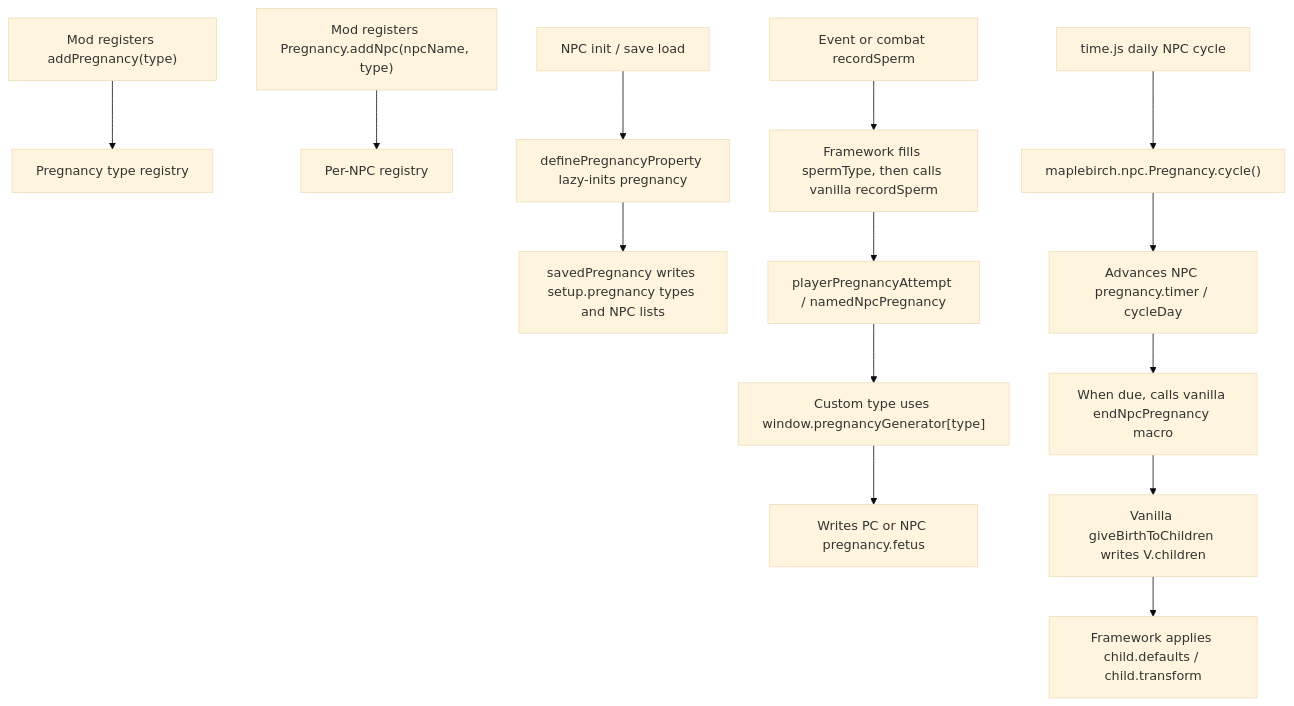
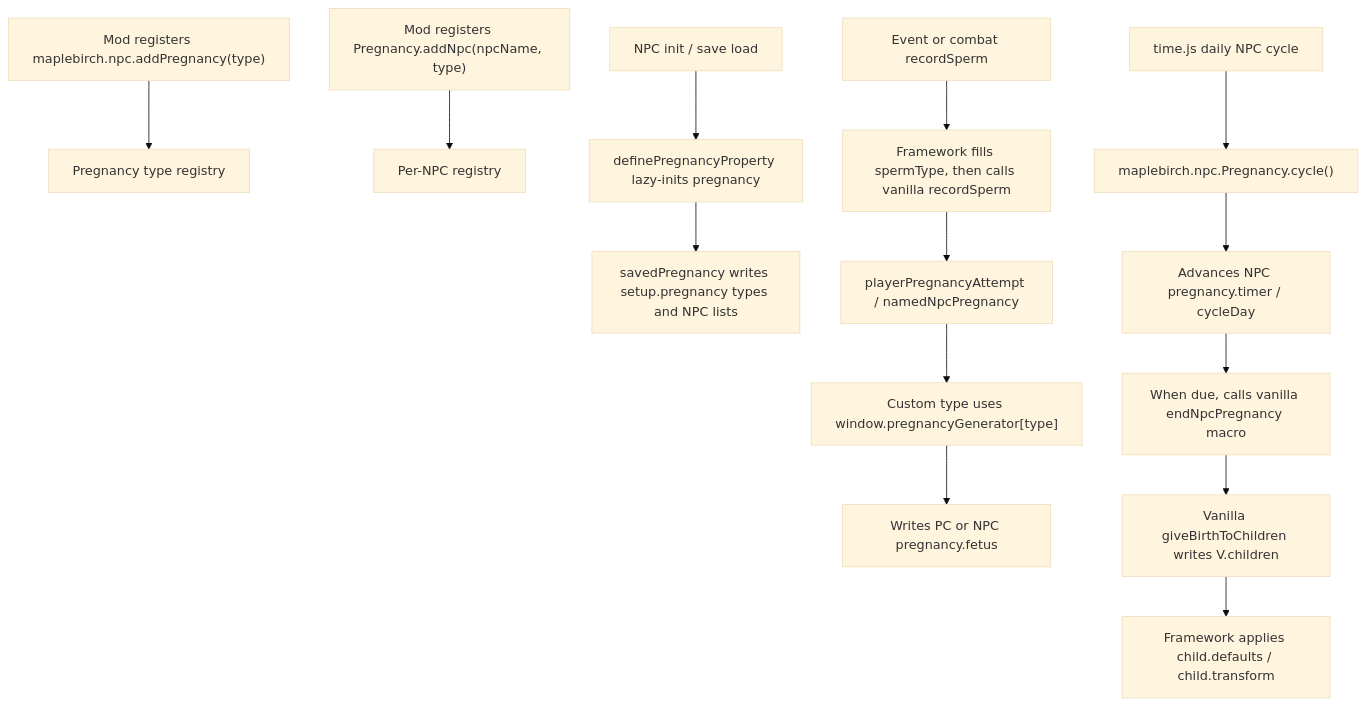
One commit to MaplebirchLeaf/SCML-DOL-maplebirchFramework changed the diagram in docs/EN/NamedNPC/NamedNPCPregnancy.md. Above: the diagram before and after it, drawn with Mermaid (base theme). The commit also changed other lines of this file and 31 other files, not shown here.

````diff
--- a/docs/EN/NamedNPC/NamedNPCPregnancy.md
+++ b/docs/EN/NamedNPC/NamedNPCPregnancy.md
@@ -343,16 +343,16 @@
 ```mermaid
 flowchart TD
-  A["Mod registers addPregnancy(type)"] --> B["Pregnancy type registry"]
+  A["Mod registers maplebirch.npc.addPregnancy(type)"] --> B["Pregnancy type registry"]
   C["Mod registers Pregnancy.addNpc(npcName, type)"] --> D["Per-NPC registry"]
   E["NPC init / save load"] --> F["definePregnancyProperty lazy-inits pregnancy"]
   F --> G["savedPregnancy writes setup.pregnancy types and NPC lists"]
   H["Event or combat recordSperm"] --> I["Framework fills spermType, then calls vanilla recordSperm"]
   I --> J["playerPregnancyAttempt / namedNpcPregnancy"]
   J --> K["Custom type uses window.pregnancyGenerator[type]"]
   K --> L["Writes PC or NPC pregnancy.fetus"]
   M["time.js daily NPC cycle"] --> N["maplebirch.npc.Pregnancy.cycle()"]
   N --> O["Advances NPC pregnancy.timer / cycleDay"]
   O --> P["When due, calls vanilla endNpcPregnancy macro"]
   P --> Q["Vanilla giveBirthToChildren writes V.children"]
   Q --> R["Framework applies child.defaults / child.transform"]
 ```
````
